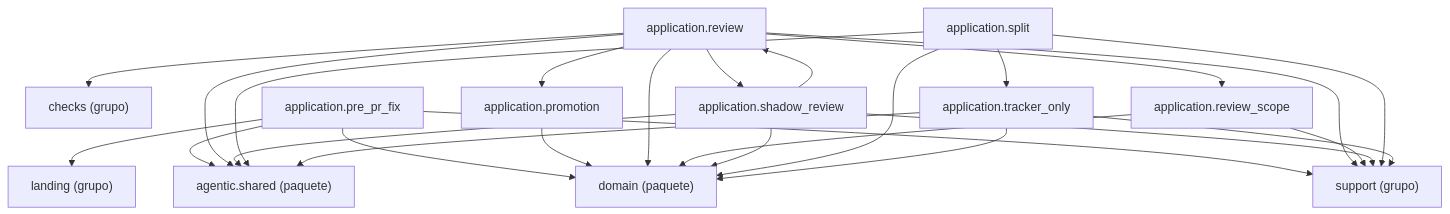
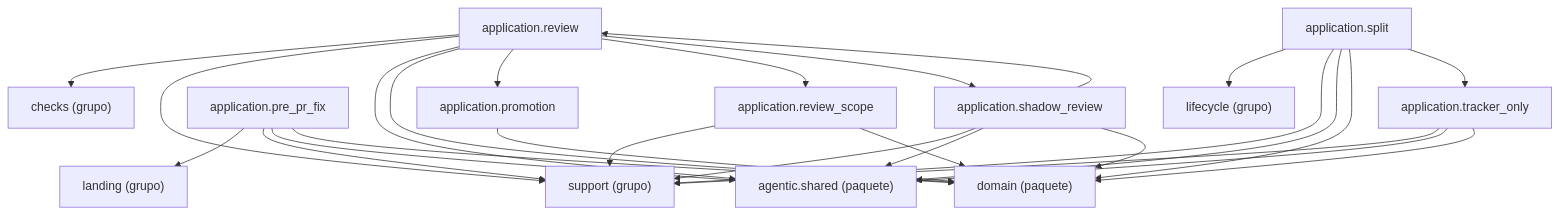
Before and after one commit to GonzaloZevallos/agentic-system: the diagram in docs/architecture/generated/packages-process-application-build-2.md, drawn with Mermaid. The commit also changed 16 other files, not shown here.

````diff
--- a/docs/architecture/generated/packages-process-application-build-2.md
+++ b/docs/architecture/generated/packages-process-application-build-2.md
@@ -16,40 +16,42 @@
 ```mermaid
 graph TD
     g_application__checks["checks (grupo)"]
     g_application__landing["landing (grupo)"]
+    g_application__lifecycle["lifecycle (grupo)"]
     g_application__support["support (grupo)"]
     g_pkg__agentic__shared["agentic.shared (paquete)"]
     g_pkg__domain["domain (paquete)"]
     m_application__pre_pr_fix["application.pre_pr_fix"]
     m_application__promotion["application.promotion"]
     m_application__review["application.review"]
     m_application__review_scope["application.review_scope"]
     m_application__shadow_review["application.shadow_review"]
     m_application__split["application.split"]
     m_application__tracker_only["application.tracker_only"]
     m_application__pre_pr_fix --> g_application__landing
     m_application__pre_pr_fix --> g_application__support
     m_application__pre_pr_fix --> g_pkg__agentic__shared
     m_application__pre_pr_fix --> g_pkg__domain
     m_application__promotion --> g_pkg__domain
     m_application__review --> g_application__checks
     m_application__review --> g_application__support
     m_application__review --> g_pkg__agentic__shared
     m_application__review --> g_pkg__domain
     m_application__review --> m_application__promotion
     m_application__review --> m_application__review_scope
     m_application__review --> m_application__shadow_review
     m_application__review_scope --> g_application__support
     m_application__review_scope --> g_pkg__domain
     m_application__shadow_review --> g_application__support
     m_application__shadow_review --> g_pkg__agentic__shared
     m_application__shadow_review --> g_pkg__domain
     m_application__shadow_review --> m_application__review
+    m_application__split --> g_application__lifecycle
     m_application__split --> g_application__support
     m_application__split --> g_pkg__agentic__shared
     m_application__split --> g_pkg__domain
     m_application__split --> m_application__tracker_only
     m_application__tracker_only --> g_application__support
     m_application__tracker_only --> g_pkg__agentic__shared
     m_application__tracker_only --> g_pkg__domain
 ```
````
